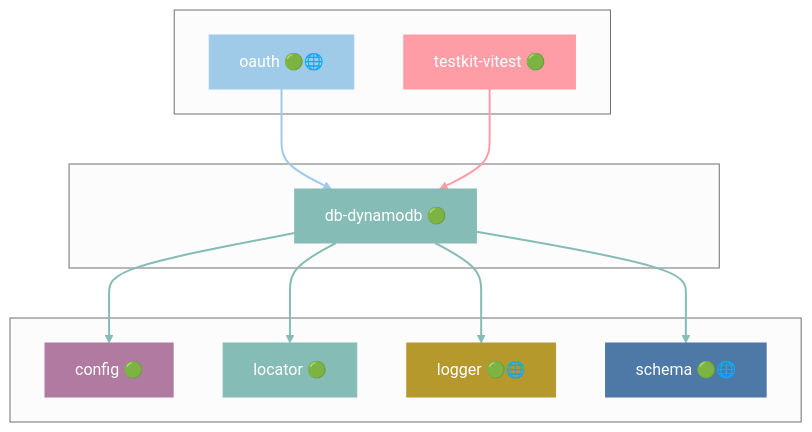
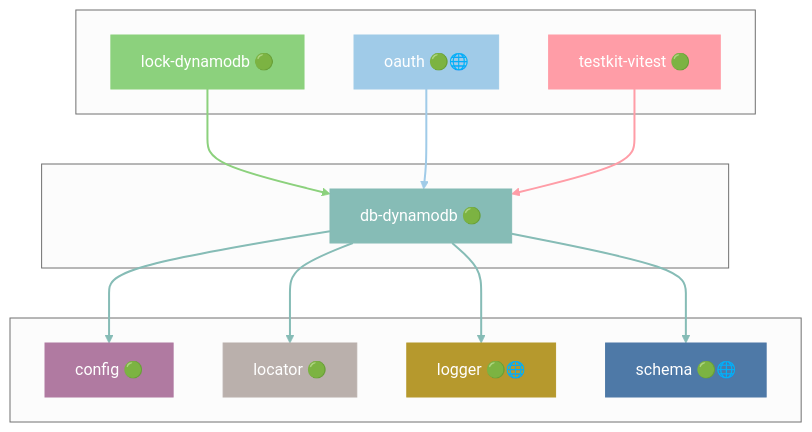
Before and after one commit to grest-ts/grest-ts: diagram 12 of 48 in docs/DEPENDENCIES.md, drawn with Mermaid (neutral theme). The commit also changed other lines of this file and 54 other files, not shown here.

First line of the commit message:
lock as the foundation: @grest-ts/lock-dynamodb, withLock, release cooldown; job takes any GGLock

````diff
--- a/docs/DEPENDENCIES.md
+++ b/docs/DEPENDENCIES.md
@@ -819,35 +825,39 @@
 ```mermaid
 flowchart TB
     subgraph Dependents[" "]
+        lock-dynamodb["lock-dynamodb 🟢"]
         oauth["oauth 🟢🌐"]
         testkit-vitest["testkit-vitest 🟢"]
     end
     subgraph Package[" "]
         db-dynamodb["db-dynamodb 🟢"]
     end
     subgraph Dependencies[" "]
         config["config 🟢"]
         locator["locator 🟢"]
         logger["logger 🟢🌐"]
         schema["schema 🟢🌐"]
     end
+    lock-dynamodb --> db-dynamodb
     oauth --> db-dynamodb
     testkit-vitest --> db-dynamodb
     db-dynamodb --> config
     db-dynamodb --> locator
     db-dynamodb --> logger
     db-dynamodb --> schema
     style db-dynamodb fill:#86BCB6,stroke:#86BCB6,color:#fff
+    style lock-dynamodb fill:#8CD17D,stroke:#8CD17D,color:#fff
     style oauth fill:#A0CBE8,stroke:#A0CBE8,color:#fff
     style testkit-vitest fill:#FF9DA7,stroke:#FF9DA7,color:#fff
     style config fill:#B07AA1,stroke:#B07AA1,color:#fff
-    style locator fill:#86BCB6,stroke:#86BCB6,color:#fff
+    style locator fill:#BAB0AC,stroke:#BAB0AC,color:#fff
     style logger fill:#B6992D,stroke:#B6992D,color:#fff
     style schema fill:#4E79A7,stroke:#4E79A7,color:#fff
-    linkStyle 0 stroke:#A0CBE8,stroke-width:2px
-    linkStyle 1 stroke:#FF9DA7,stroke-width:2px
-    linkStyle 2 stroke:#86BCB6,stroke-width:2px
+    linkStyle 0 stroke:#8CD17D,stroke-width:2px
+    linkStyle 1 stroke:#A0CBE8,stroke-width:2px
+    linkStyle 2 stroke:#FF9DA7,stroke-width:2px
     linkStyle 3 stroke:#86BCB6,stroke-width:2px
     linkStyle 4 stroke:#86BCB6,stroke-width:2px
     linkStyle 5 stroke:#86BCB6,stroke-width:2px
+    linkStyle 6 stroke:#86BCB6,stroke-width:2px
 ```
````
